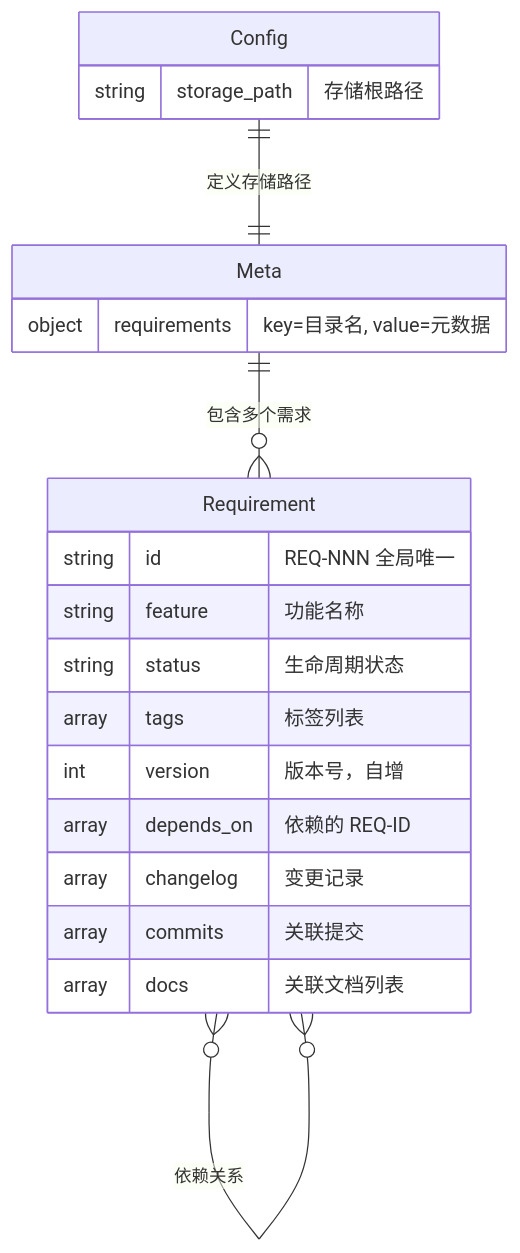
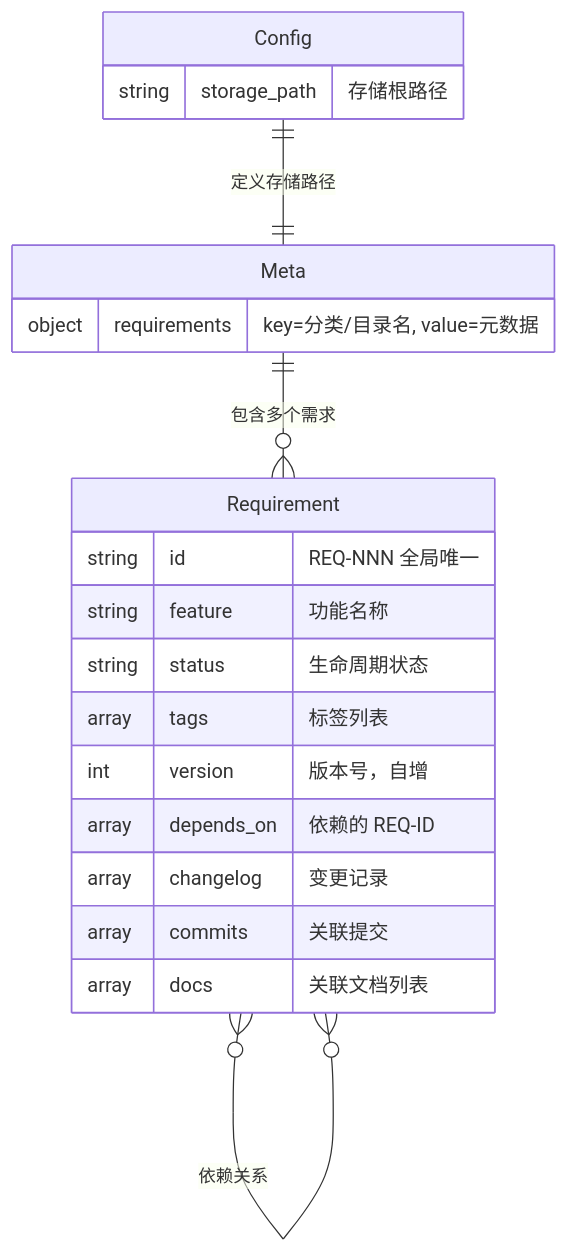
The second of 6 diagrams in docs/requirement-mgr-guide.md (HACK-WU/skills), drawn with Mermaid before and after one commit. The commit also changed other lines of this file, not shown here.

````diff
--- a/docs/requirement-mgr-guide.md
+++ b/docs/requirement-mgr-guide.md
@@ -203,26 +205,26 @@
 ```mermaid
 erDiagram
     Config ||--|| Meta : "定义存储路径"
     Meta ||--o{ Requirement : "包含多个需求"
     Requirement }o--o{ Requirement : "依赖关系"
     
     Config {
         string storage_path "存储根路径"
     }
     
     Meta {
-        object requirements "key=目录名, value=元数据"
+        object requirements "key=分类/目录名, value=元数据"
     }
     
     Requirement {
         string id "REQ-NNN 全局唯一"
         string feature "功能名称"
         string status "生命周期状态"
         array tags "标签列表"
         int version "版本号，自增"
         array depends_on "依赖的 REQ-ID"
         array changelog "变更记录"
         array commits "关联提交"
         array docs "关联文档列表"
     }
 ```
````
